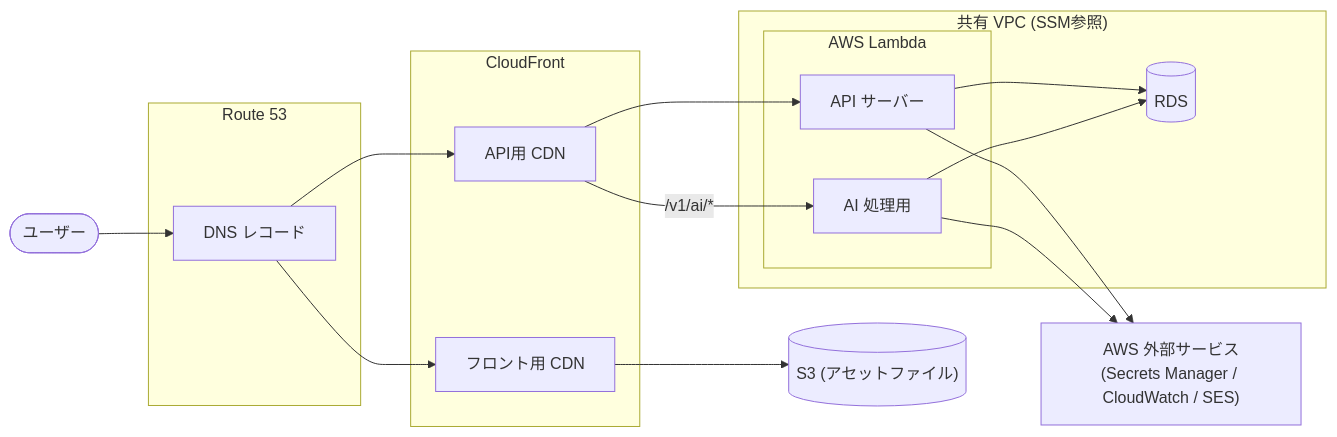
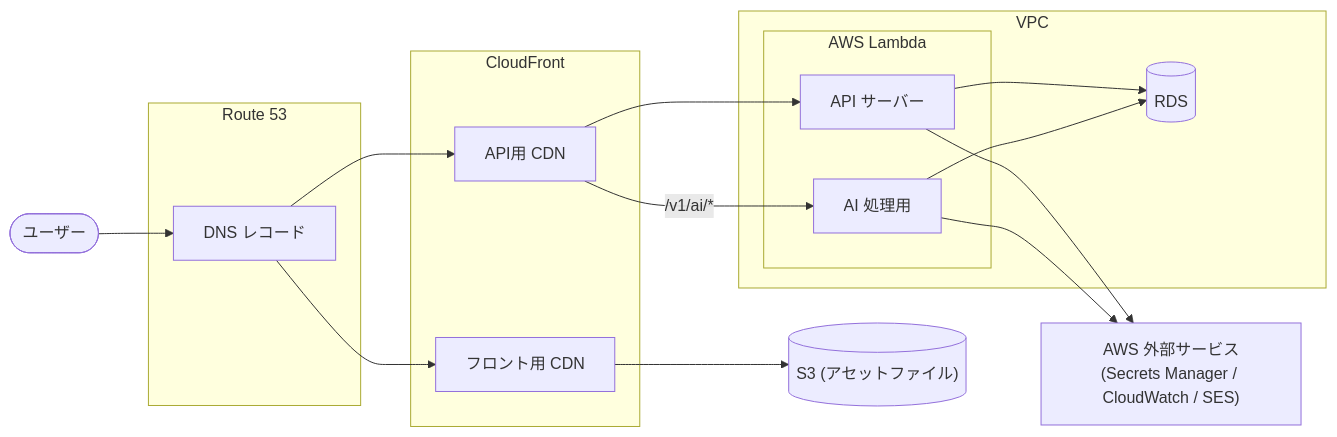
The diagram in README.md (fourbetween/portfolio-supportocol), drawn with Mermaid before and after one commit.

Commit message:
README.mdのVPC表記を簡略化

````diff
--- a/README.md
+++ b/README.md
@@ -65,35 +65,35 @@
 ```mermaid
 flowchart LR
   User([ユーザー])
 
   subgraph Route53["Route 53"]
     DNS["DNS レコード"]
   end
 
   subgraph CF["CloudFront"]
     ViewCDN["フロント用 CDN"]
     ApiCDN["API用 CDN"]
   end
 
   S3[("S3 (アセットファイル)")]
 
-  subgraph SharedVPC["共有 VPC (SSM参照)"]
+  subgraph SharedVPC["VPC"]
     subgraph Lambda["AWS Lambda"]
       ApiFunc["API サーバー"]
       ApiAIFunc["AI 処理用"]
     end
     RDS[("RDS")]
   end
 
   ExternalServices["AWS 外部サービス<br>(Secrets Manager / CloudWatch / SES)"]
 
   User --> DNS
   DNS --> ViewCDN --> S3
   DNS --> ApiCDN
   ApiCDN --> ApiFunc
   ApiCDN -- "/v1/ai/*" --> ApiAIFunc
   ApiFunc --> RDS
   ApiAIFunc --> RDS
   ApiFunc --> ExternalServices
   ApiAIFunc --> ExternalServices
 ```
````
